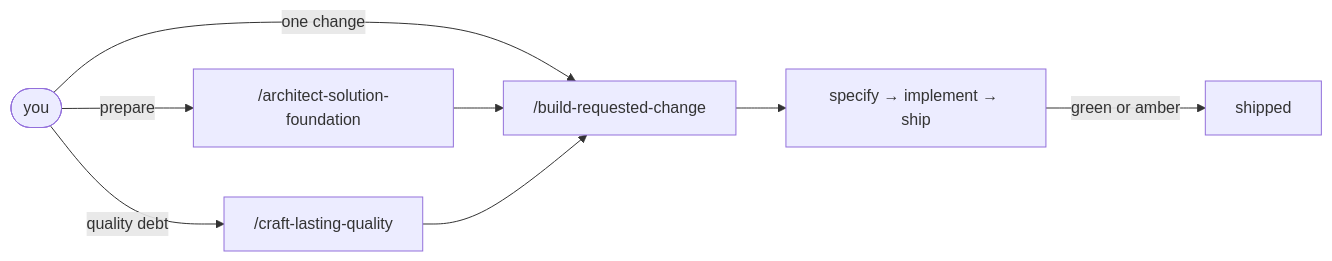
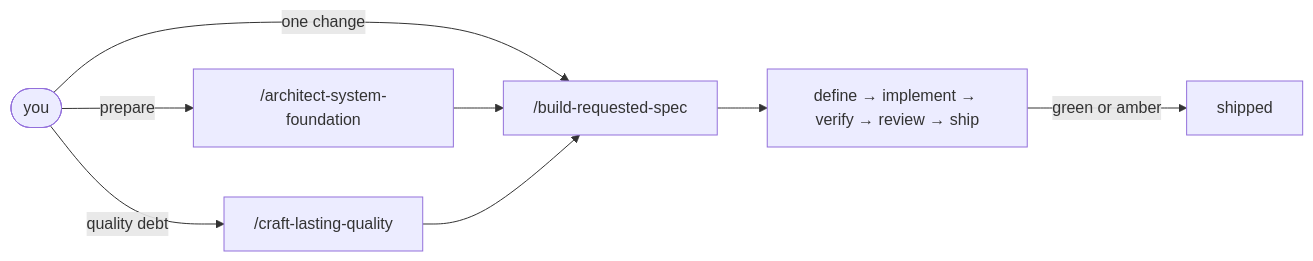
Before and after one commit to AlbertoBasalo/aiddbot-com: the diagram in src/content/docs/workflow.md, drawn with Mermaid. The commit also changed other lines of this file and 18 other files, not shown here.

````diff
--- a/src/content/docs/workflow.md
+++ b/src/content/docs/workflow.md
@@ -40,10 +42,10 @@
 ```mermaid
 flowchart LR
-  YOU([you]) -->|prepare| FOUND["/architect-solution-foundation"]
-  YOU -->|one change| DELIVER["/build-requested-change"]
+  YOU([you]) -->|prepare| FOUND["/architect-system-foundation"]
+  YOU -->|one change| DELIVER["/build-requested-spec"]
   YOU -->|quality debt| QUALITY["/craft-lasting-quality"]
   FOUND --> DELIVER
   QUALITY --> DELIVER
-  DELIVER --> LOOP["specify → implement → ship"]
+  DELIVER --> LOOP["define → implement → verify → review → ship"]
   LOOP -->|green or amber| SHIPPED[shipped]
 ```
````
